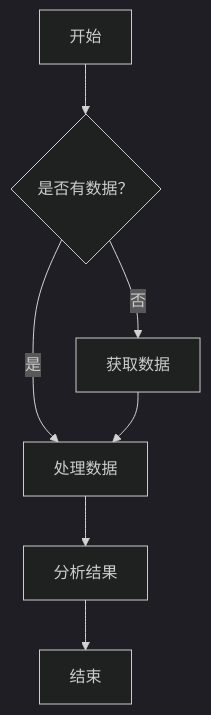
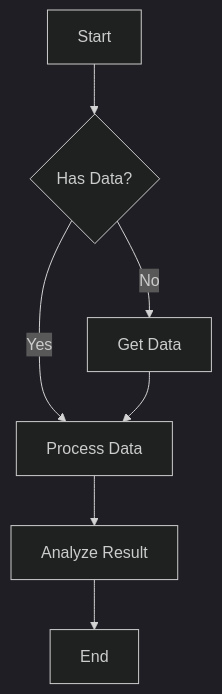
Before and after one commit to zhuangbiaowei/vitepress-ospo-writing-project: the first of 8 diagrams in docs/articles/mermaid-diagram-guide.md, drawn with Mermaid (dark theme). The commit also changed other lines of this file and 182 other files, not shown here.

````diff
--- a/docs/articles/mermaid-diagram-guide.md
+++ b/docs/articles/mermaid-diagram-guide.md
@@ -19,9 +19,9 @@
 ```mermaid
 flowchart TD
-    A[开始] --> B{是否有数据？}
-    B -->|是| C[处理数据]
-    B -->|否| D[获取数据]
-    C --> E[分析结果]
+    A[Start] --> B{Has Data?}
+    B -->|Yes| C[Process Data]
+    B -->|No| D[Get Data]
+    C --> E[Analyze Result]
     D --> C
-    E --> F[结束]
+    E --> F[End]
 ```
````
